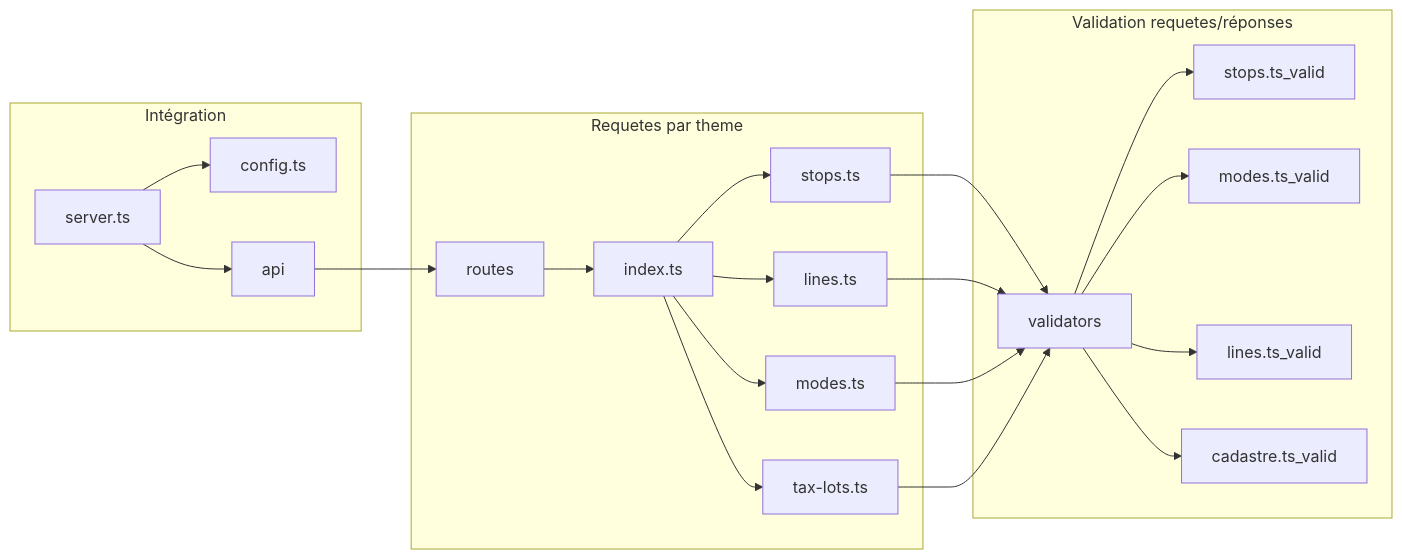
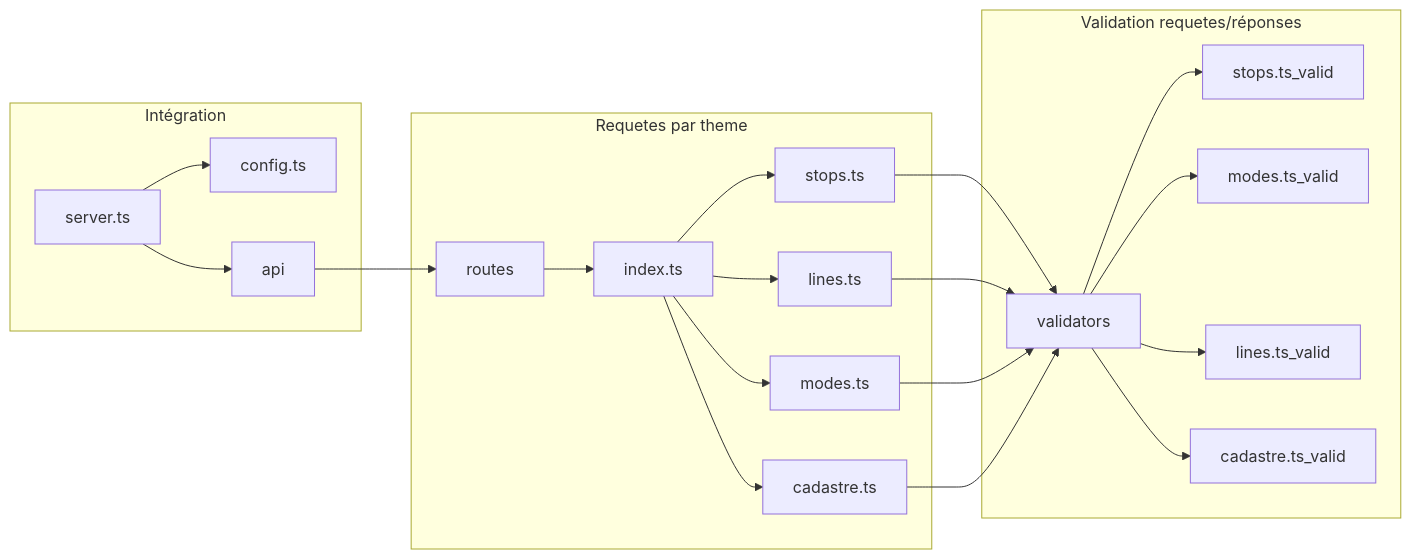
One commit to EPMPaulPoly/CIV6707-Cout-Lignes changed the diagram in docs/api/API implementation.md. Above: the diagram before and after it, drawn with Mermaid.

Commit message:
Update API implementation.md

````diff
--- a/docs/api/API implementation.md
+++ b/docs/api/API implementation.md
@@ -15,25 +15,25 @@
 ```mermaid
 graph LR;
     subgraph entree["Intégration"]
     server.ts-->config.ts;
     server.ts-->api;
     end;
     api-->routes;
     subgraph routessub["Requetes par theme"]
     routes-->index.ts;
     index.ts-->stops.ts;
     index.ts-->lines.ts;
     index.ts-->modes.ts;
-    index.ts-->tax-lots.ts;
+    index.ts-->cadastre.ts;
     end;
     stops.ts-->validators;
     lines.ts-->validators;
     modes.ts-->validators;
-    tax-lots.ts-->validators;
+    cadastre.ts-->validators;
     subgraph validation["Validation requetes/réponses"]
     validators-->stops.ts_valid;
     validators-->modes.ts_valid;
     validators-->lines.ts_valid;
     validators-->cadastre.ts_valid;
     end;
 ```
````
